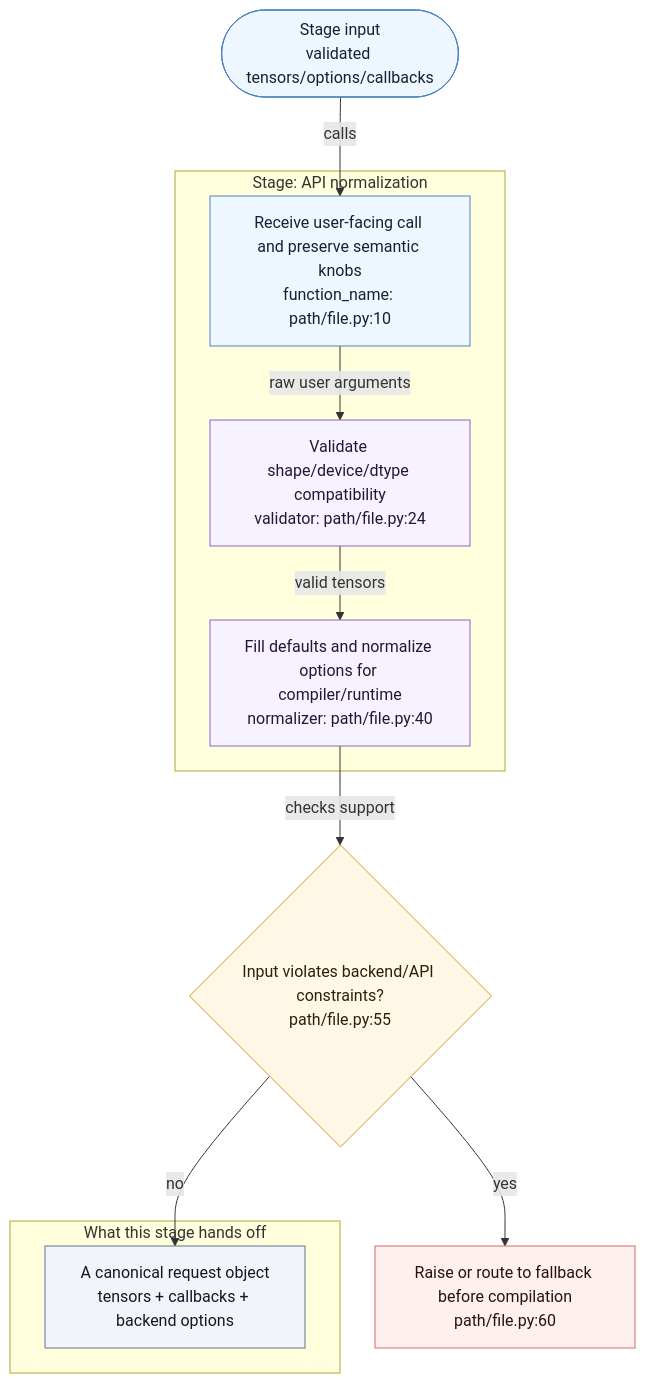
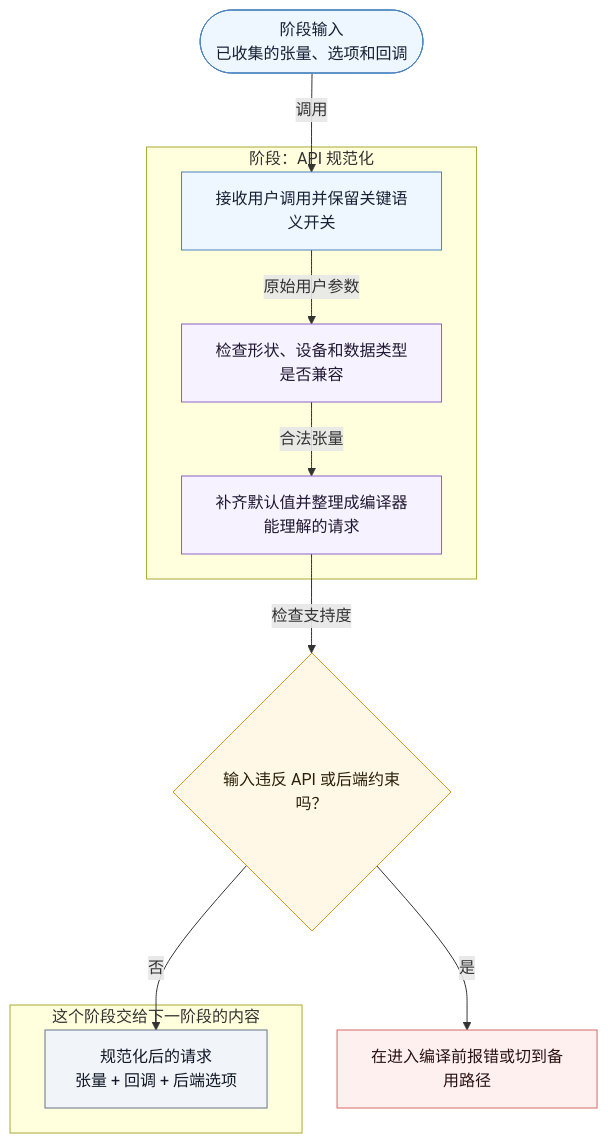
One commit to WanhaoZhang/agent-skills changed the second of 2 diagrams in feature-code-tour/references/workflow.md. Above: the diagram before and after it, drawn with Mermaid. The commit also changed other lines of this file and 2 other files, not shown here.

````diff
--- a/feature-code-tour/references/workflow.md
+++ b/feature-code-tour/references/workflow.md
@@ -142,40 +183,40 @@
 ```mermaid
 flowchart TD
-    STAGE_START(["Stage input<br/>validated tensors/options/callbacks"])
+    STAGE_START(["阶段输入<br/>已收集的张量、选项和回调"])
 
-    subgraph API_STAGE["Stage: API normalization"]
-        API_0["Receive user-facing call and preserve semantic knobs<br/>function_name: path/file.py:10"]
-        API_1["Validate shape/device/dtype compatibility<br/>validator: path/file.py:24"]
-        API_2["Fill defaults and normalize options for compiler/runtime<br/>normalizer: path/file.py:40"]
+    subgraph API_STAGE["阶段：API 规范化"]
+        API_0["接收用户调用并保留关键语义开关"]
+        API_1["检查形状、设备和数据类型是否兼容"]
+        API_2["补齐默认值并整理成编译器能理解的请求"]
     end
 
-    subgraph API_OUTPUT["What this stage hands off"]
-        API_OUT["A canonical request object<br/>tensors + callbacks + backend options"]
+    subgraph API_OUTPUT["这个阶段交给下一阶段的内容"]
+        API_OUT["规范化后的请求<br/>张量 + 回调 + 后端选项"]
     end
 
-    API_BAD{"Input violates backend/API constraints?<br/>path/file.py:55"}
-    API_ERR["Raise or route to fallback before compilation<br/>path/file.py:60"]
+    API_BAD{"输入违反 API 或后端约束吗？"}
+    API_ERR["在进入编译前报错或切到备用路径"]
 
-    STAGE_START -->|calls| API_0
-    API_0 -->|raw user arguments| API_1
-    API_1 -->|valid tensors| API_2
-    API_2 -->|checks support| API_BAD
-    API_BAD -- no --> API_OUT
-    API_BAD -- yes --> API_ERR
+    STAGE_START -->|调用| API_0
+    API_0 -->|原始用户参数| API_1
+    API_1 -->|合法张量| API_2
+    API_2 -->|检查支持度| API_BAD
+    API_BAD -- 否 --> API_OUT
+    API_BAD -- 是 --> API_ERR
 
     classDef entry fill:#eef6ff,stroke:#4b83c0,color:#172033
     classDef transform fill:#f7f2ff,stroke:#8a63c7,color:#211933
     classDef decision fill:#fff8e6,stroke:#d49a2a,color:#2a2108
     classDef fallback fill:#fff0f0,stroke:#d36b6b,color:#2a1111
     classDef output fill:#f1f5f9,stroke:#64748b,color:#111827
 
     class STAGE_START,API_0 entry
     class API_1,API_2 transform
     class API_BAD decision
     class API_ERR fallback
     class API_OUT output
 
     click API_0 "vscode://file/<absolute-path>/path/file.py:10:1"
     click API_1 "vscode://file/<absolute-path>/path/file.py:24:1"
     click API_2 "vscode://file/<absolute-path>/path/file.py:40:1"
 ```
````
